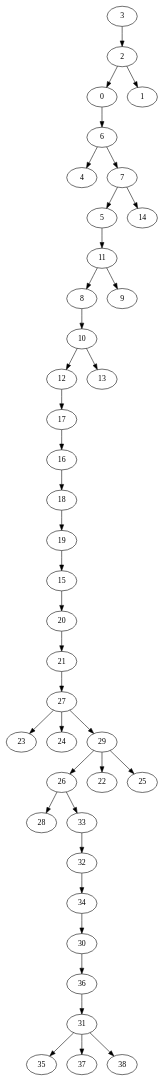
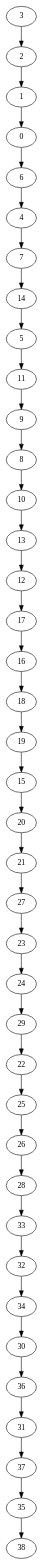
Before and after one commit to MrGreyPanda/NEM-MCMC-optimization: the diagram in output/infer_red.dot, drawn with Graphviz. The commit also changed 12 other files, not shown here.

```diff
--- a/output/infer_red.dot
+++ b/output/infer_red.dot
@@ -1,40 +1,40 @@
 digraph {
     0 -> 6;
-    2 -> 0;
+    1 -> 0;
     2 -> 1;
     3 -> 2;
+    4 -> 7;
     5 -> 11;
     6 -> 4;
-    6 -> 7;
-    7 -> 5;
     7 -> 14;
     8 -> 10;
-    10 -> 12;
+    9 -> 8;
     10 -> 13;
-    11 -> 8;
     11 -> 9;
     12 -> 17;
+    13 -> 12;
+    14 -> 5;
     15 -> 20;
     16 -> 18;
     17 -> 16;
     18 -> 19;
     19 -> 15;
     20 -> 21;
     21 -> 27;
+    22 -> 25;
+    23 -> 24;
+    24 -> 29;
+    25 -> 26;
     26 -> 28;
-    26 -> 33;
     27 -> 23;
-    27 -> 24;
-    27 -> 29;
+    28 -> 33;
     29 -> 22;
-    29 -> 25;
-    29 -> 26;
     30 -> 36;
-    31 -> 35;
     31 -> 37;
-    31 -> 38;
     32 -> 34;
     33 -> 32;
     34 -> 30;
+    35 -> 38;
     36 -> 31;
+    37 -> 35;
 }
```
